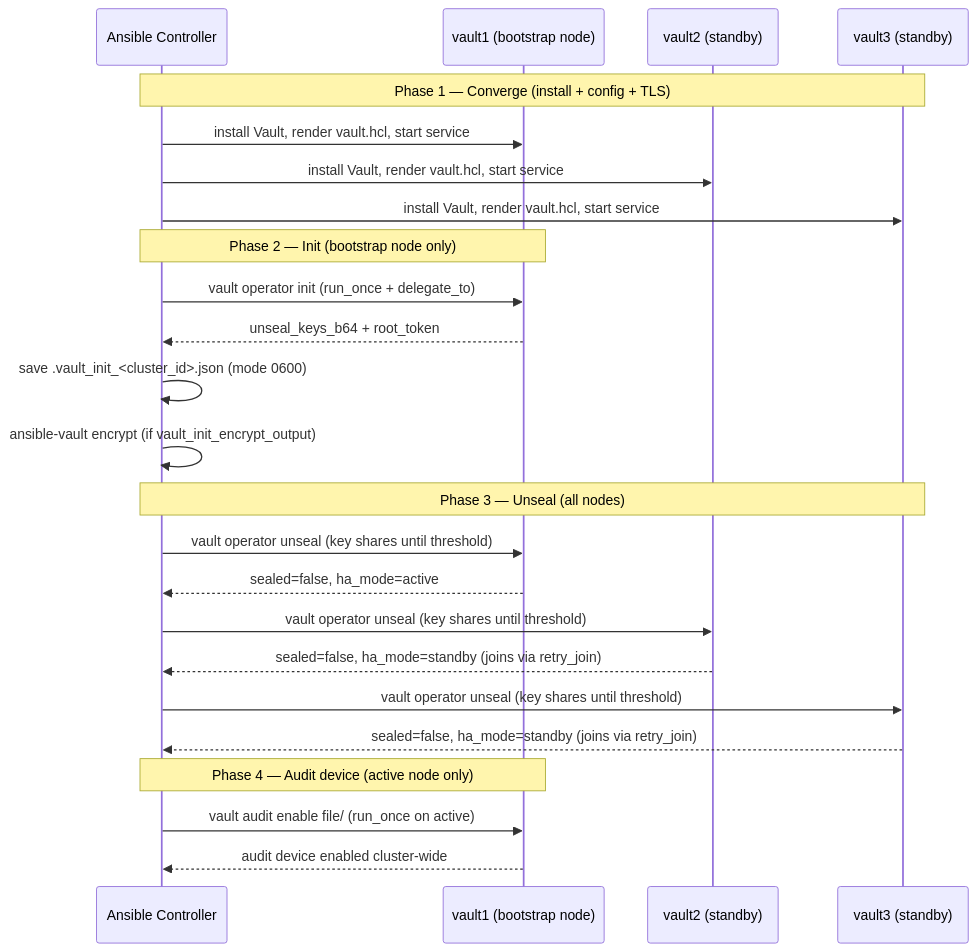
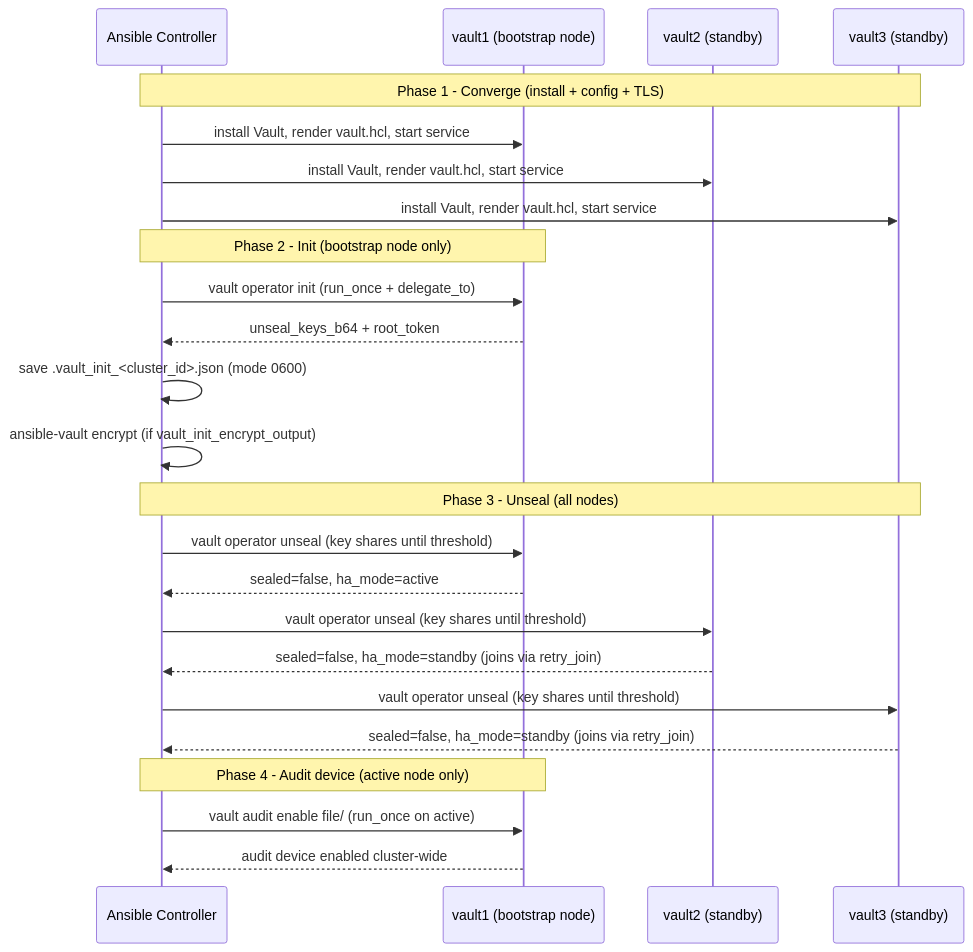
Before and after one commit to devopsgroupeu/ansible-role-hashicorp-vault: the second of 2 diagrams in docs/ARCHITECTURE.md, drawn with Mermaid. The commit also changed other lines of this file and 75 other files, not shown here.

````diff
--- a/docs/ARCHITECTURE.md
+++ b/docs/ARCHITECTURE.md
@@ -62,30 +62,30 @@
 ```mermaid
 sequenceDiagram
     participant Ctrl as Ansible Controller
     participant BN as vault1 (bootstrap node)
     participant SN2 as vault2 (standby)
     participant SN3 as vault3 (standby)
 
-    Note over Ctrl,SN3: Phase 1 — Converge (install + config + TLS)
+    Note over Ctrl,SN3: Phase 1 - Converge (install + config + TLS)
     Ctrl->>BN: install Vault, render vault.hcl, start service
     Ctrl->>SN2: install Vault, render vault.hcl, start service
     Ctrl->>SN3: install Vault, render vault.hcl, start service
 
-    Note over Ctrl,BN: Phase 2 — Init (bootstrap node only)
+    Note over Ctrl,BN: Phase 2 - Init (bootstrap node only)
     Ctrl->>BN: vault operator init (run_once + delegate_to)
     BN-->>Ctrl: unseal_keys_b64 + root_token
     Ctrl->>Ctrl: save .vault_init_<cluster_id>.json (mode 0600)
     Ctrl->>Ctrl: ansible-vault encrypt (if vault_init_encrypt_output)
 
-    Note over Ctrl,SN3: Phase 3 — Unseal (all nodes)
+    Note over Ctrl,SN3: Phase 3 - Unseal (all nodes)
     Ctrl->>BN: vault operator unseal (key shares until threshold)
     BN-->>Ctrl: sealed=false, ha_mode=active
     Ctrl->>SN2: vault operator unseal (key shares until threshold)
     SN2-->>Ctrl: sealed=false, ha_mode=standby (joins via retry_join)
     Ctrl->>SN3: vault operator unseal (key shares until threshold)
     SN3-->>Ctrl: sealed=false, ha_mode=standby (joins via retry_join)
 
-    Note over Ctrl,BN: Phase 4 — Audit device (active node only)
+    Note over Ctrl,BN: Phase 4 - Audit device (active node only)
     Ctrl->>BN: vault audit enable file/ (run_once on active)
     BN-->>Ctrl: audit device enabled cluster-wide
 ```
````
